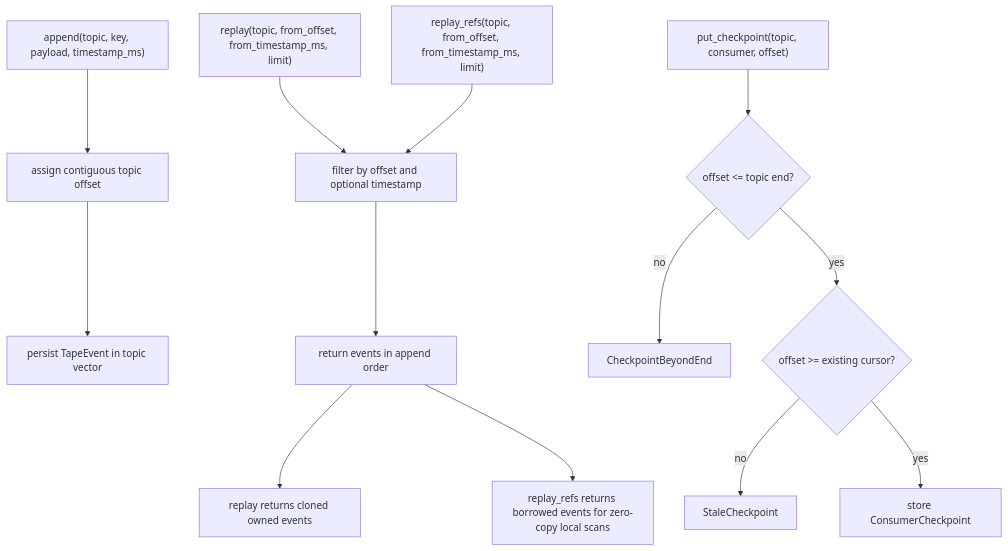
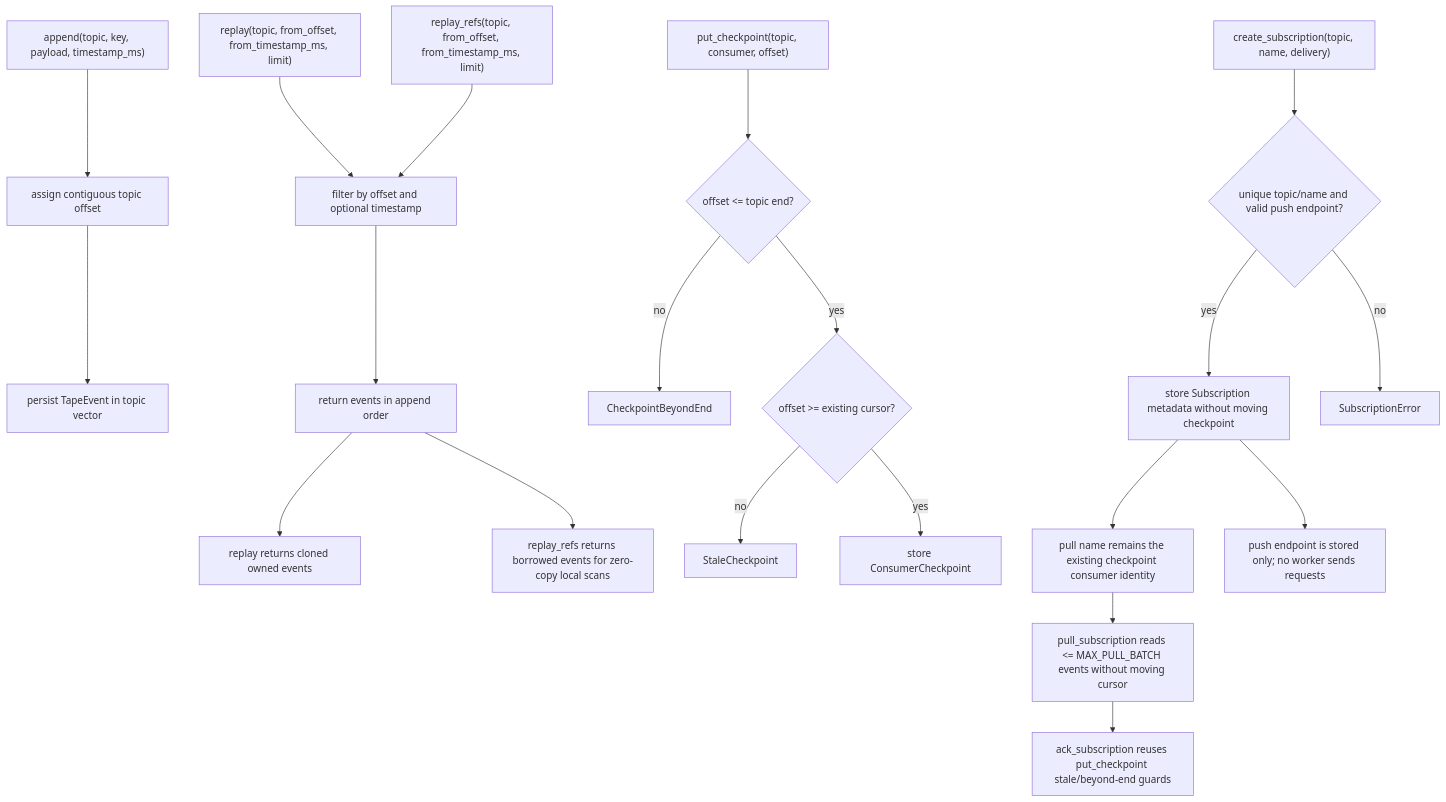
One commit to chrischeng-c4/axiom changed the first of 2 diagrams in apps/tape/tech-design/semantic/source/apps-tape-src-lib-rs.md. Above: the diagram before and after it, drawn with Mermaid. The commit also changed other lines of this file and 340 other files, not shown here.

````diff
--- a/apps/tape/tech-design/semantic/source/apps-tape-src-lib-rs.md
+++ b/apps/tape/tech-design/semantic/source/apps-tape-src-lib-rs.md
@@ -34,18 +48,25 @@
 ```mermaid
 ---
 id: tape-td-flow
 ---
 flowchart TD
     append["append(topic, key, payload, timestamp_ms)"] --> offset["assign contiguous topic offset"]
     offset --> event["persist TapeEvent in topic vector"]
     replay["replay(topic, from_offset, from_timestamp_ms, limit)"] --> filter["filter by offset and optional timestamp"]
     replay_refs["replay_refs(topic, from_offset, from_timestamp_ms, limit)"] --> filter
     filter --> ordered["return events in append order"]
     ordered --> owned["replay returns cloned owned events"]
     ordered --> borrowed["replay_refs returns borrowed events for zero-copy local scans"]
     checkpoint["put_checkpoint(topic, consumer, offset)"] --> endcheck{"offset <= topic end?"}
     endcheck -->|no| beyond["CheckpointBeyondEnd"]
     endcheck -->|yes| stalecheck{"offset >= existing cursor?"}
     stalecheck -->|no| stale["StaleCheckpoint"]
     stalecheck -->|yes| store["store ConsumerCheckpoint"]
+    subscription["create_subscription(topic, name, delivery)"] --> unique{"unique topic/name and valid push endpoint?"}
+    unique -->|yes| substore["store Subscription metadata without moving checkpoint"]
+    unique -->|no| suberror["SubscriptionError"]
+    substore --> pull["pull name remains the existing checkpoint consumer identity"]
+    substore --> push["push endpoint is stored only; no worker sends requests"]
+    pull --> batch["pull_subscription reads <= MAX_PULL_BATCH events without moving cursor"]
+    batch --> ack["ack_subscription reuses put_checkpoint stale/beyond-end guards"]
 ```
````
